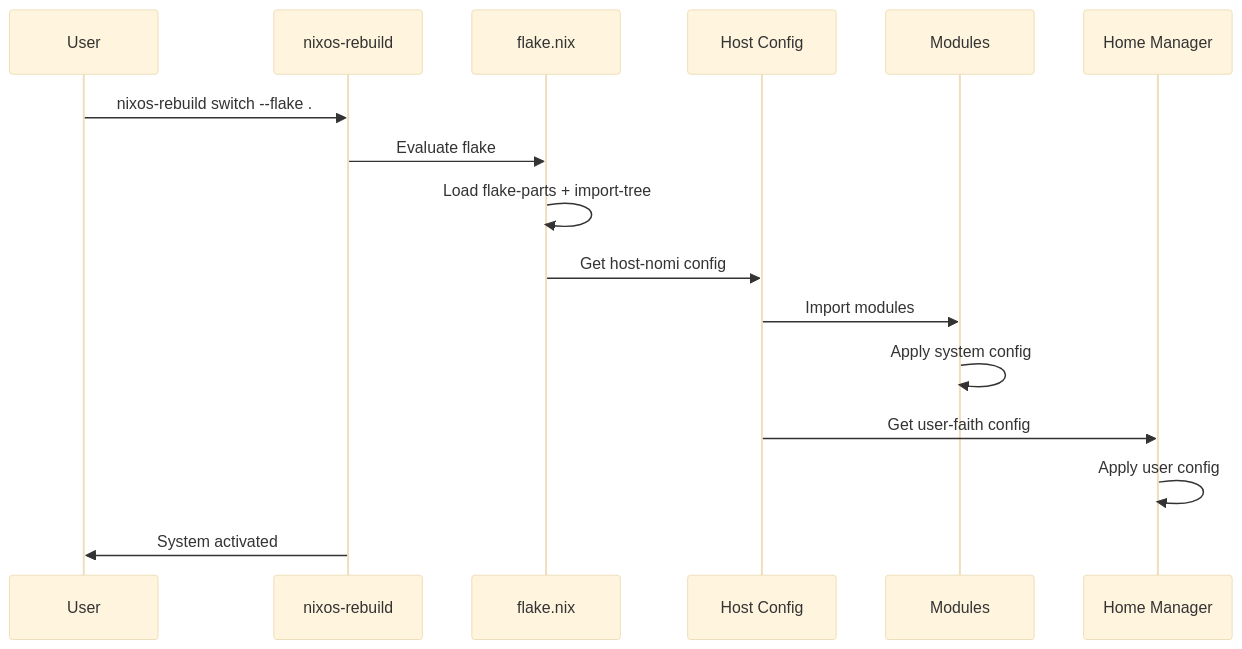
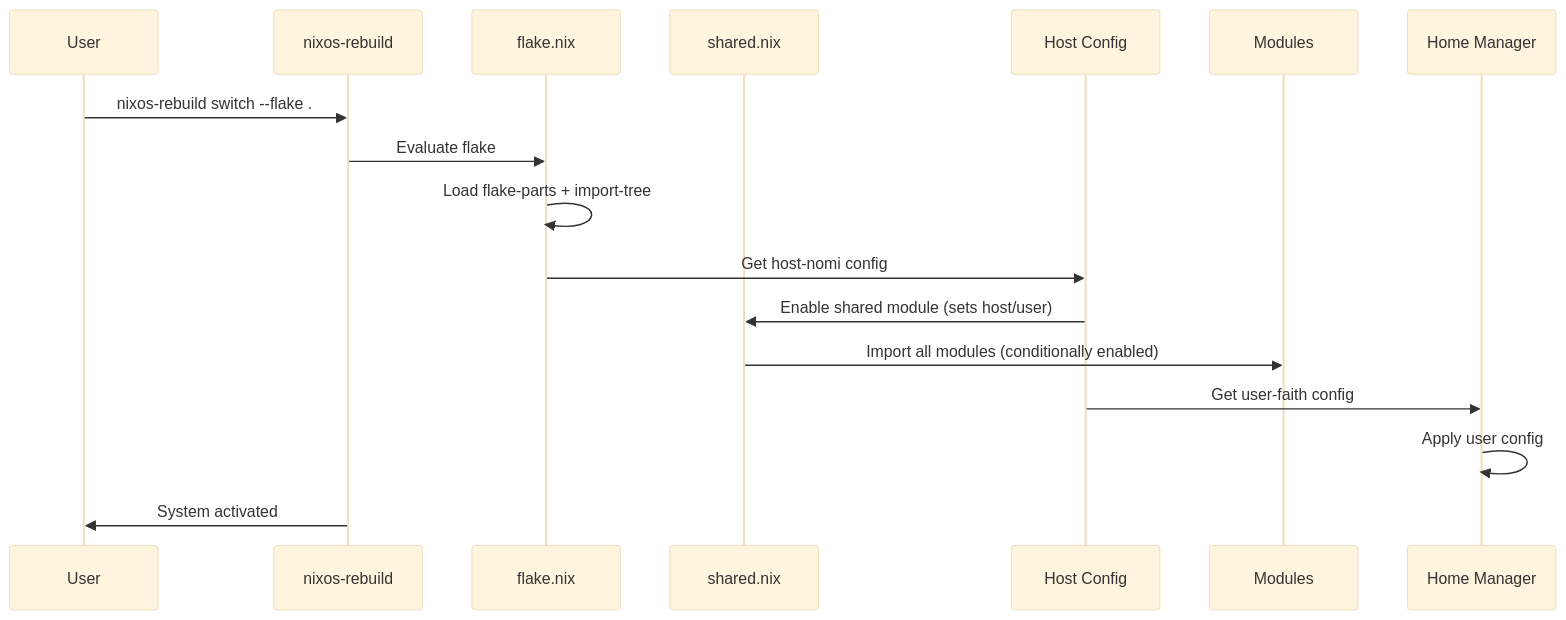
Before and after one commit to niversesu/infra: the second of 2 diagrams in README.md, drawn with Mermaid (base theme). The commit also changed other lines of this file, not shown here.

Commit message:
docs: update README to reflect current repo state (dream host, amani user, caelestia, shared pattern)

````diff
--- a/README.md
+++ b/README.md
@@ -127,19 +145,20 @@
 ```mermaid
 sequenceDiagram
     participant U as User
     participant N as nixos-rebuild
     participant F as flake.nix
+    participant S as shared.nix
     participant H as Host Config
     participant M as Modules
     participant HM as Home Manager
 
     U->>N: nixos-rebuild switch --flake .#nomi
     N->>F: Evaluate flake
     F->>F: Load flake-parts + import-tree
     F->>H: Get host-nomi config
-    H->>M: Import modules
-    M->>M: Apply system config
+    H->>S: Enable shared module (sets host/user)
+    S->>M: Import all modules (conditionally enabled)
     H->>HM: Get user-faith config
     HM->>HM: Apply user config
     N->>U: System activated
 ```
````
